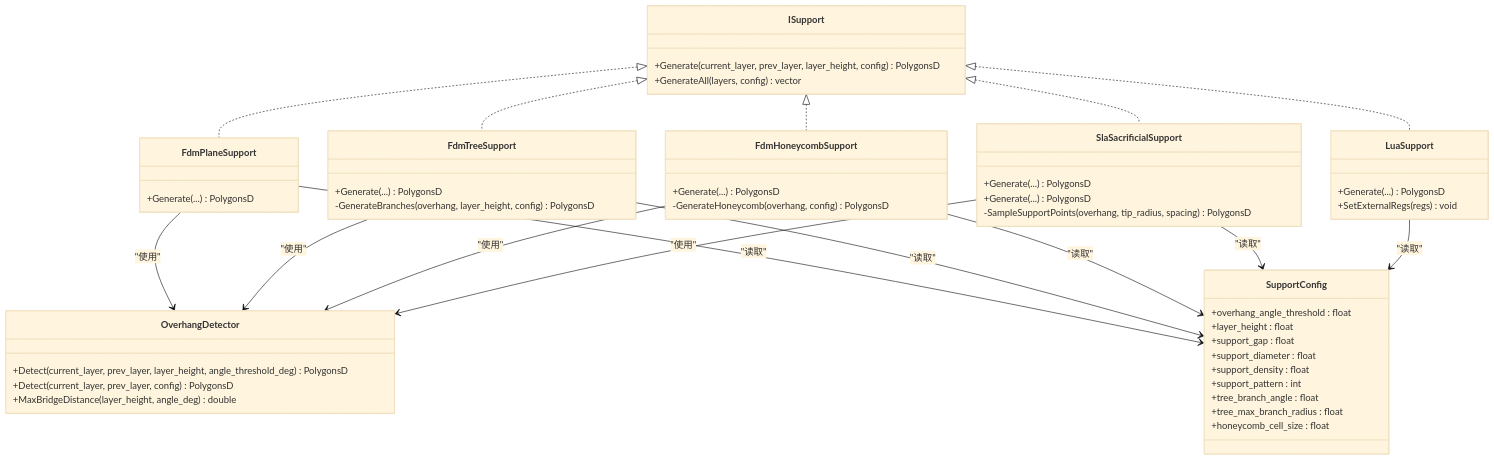
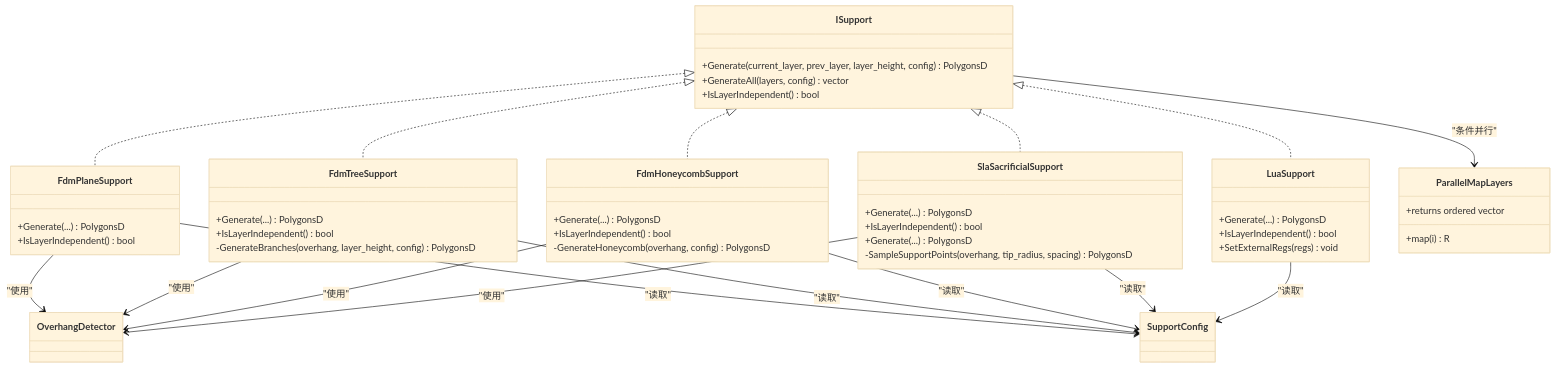
One commit to hsmbanlance/HsBaSlicer changed the second of 11 diagrams in .qoder/repowiki/zh/content/核心模块详解/支撑生成 (Support Generation)/支撑生成 (Support Generation).md. Above: the diagram before and after it, drawn with Mermaid (base theme). The commit also changed other lines of this file and 365 other files, not shown here.

````diff
--- a/.qoder/repowiki/zh/content/核心模块详解/支撑生成 (Support Generation)/支撑生成 (Support Generation).md
+++ b/.qoder/repowiki/zh/content/核心模块详解/支撑生成 (Support Generation)/支撑生成 (Support Generation).md
@@ -107,57 +121,52 @@
 ```mermaid
 classDiagram
 class ISupport {
 +Generate(current_layer, prev_layer, layer_height, config) PolygonsD
 +GenerateAll(layers, config) vector<PolygonsD>
++IsLayerIndependent() bool
 }
 class FdmPlaneSupport {
 +Generate(...) PolygonsD
++IsLayerIndependent() bool
 }
 class FdmTreeSupport {
 +Generate(...) PolygonsD
++IsLayerIndependent() bool
 -GenerateBranches(overhang, layer_height, config) PolygonsD
 }
 class FdmHoneycombSupport {
 +Generate(...) PolygonsD
++IsLayerIndependent() bool
 -GenerateHoneycomb(overhang, config) PolygonsD
 }
 class SlaSacrificialSupport {
 +Generate(...) PolygonsD
++IsLayerIndependent() bool
 +Generate(...) PolygonsD
 -SampleSupportPoints(overhang, tip_radius, spacing) PolygonsD
 }
-class OverhangDetector {
-+Detect(current_layer, prev_layer, layer_height, angle_threshold_deg) PolygonsD
-+Detect(current_layer, prev_layer, config) PolygonsD
-+MaxBridgeDistance(layer_height, angle_deg) double
-}
-class SupportConfig {
-+overhang_angle_threshold : float
-+layer_height : float
-+support_gap : float
-+support_diameter : float
-+support_density : float
-+support_pattern : int
-+tree_branch_angle : float
-+tree_max_branch_radius : float
-+honeycomb_cell_size : float
-}
 class LuaSupport {
 +Generate(...) PolygonsD
++IsLayerIndependent() bool
 +SetExternalRegs(regs) void
+}
+class ParallelMapLayers {
++map(i) R
++returns ordered vector<R>
 }
 ISupport <|.. FdmPlaneSupport
 ISupport <|.. FdmTreeSupport
 ISupport <|.. FdmHoneycombSupport
 ISupport <|.. SlaSacrificialSupport
 ISupport <|.. LuaSupport
 FdmPlaneSupport --> OverhangDetector : "使用"
 FdmTreeSupport --> OverhangDetector : "使用"
 FdmHoneycombSupport --> OverhangDetector : "使用"
 SlaSacrificialSupport --> OverhangDetector : "使用"
 FdmPlaneSupport --> SupportConfig : "读取"
 FdmTreeSupport --> SupportConfig : "读取"
 FdmHoneycombSupport --> SupportConfig : "读取"
 SlaSacrificialSupport --> SupportConfig : "读取"
 LuaSupport --> SupportConfig : "读取"
+ISupport --> ParallelMapLayers : "条件并行"
 ```
````
